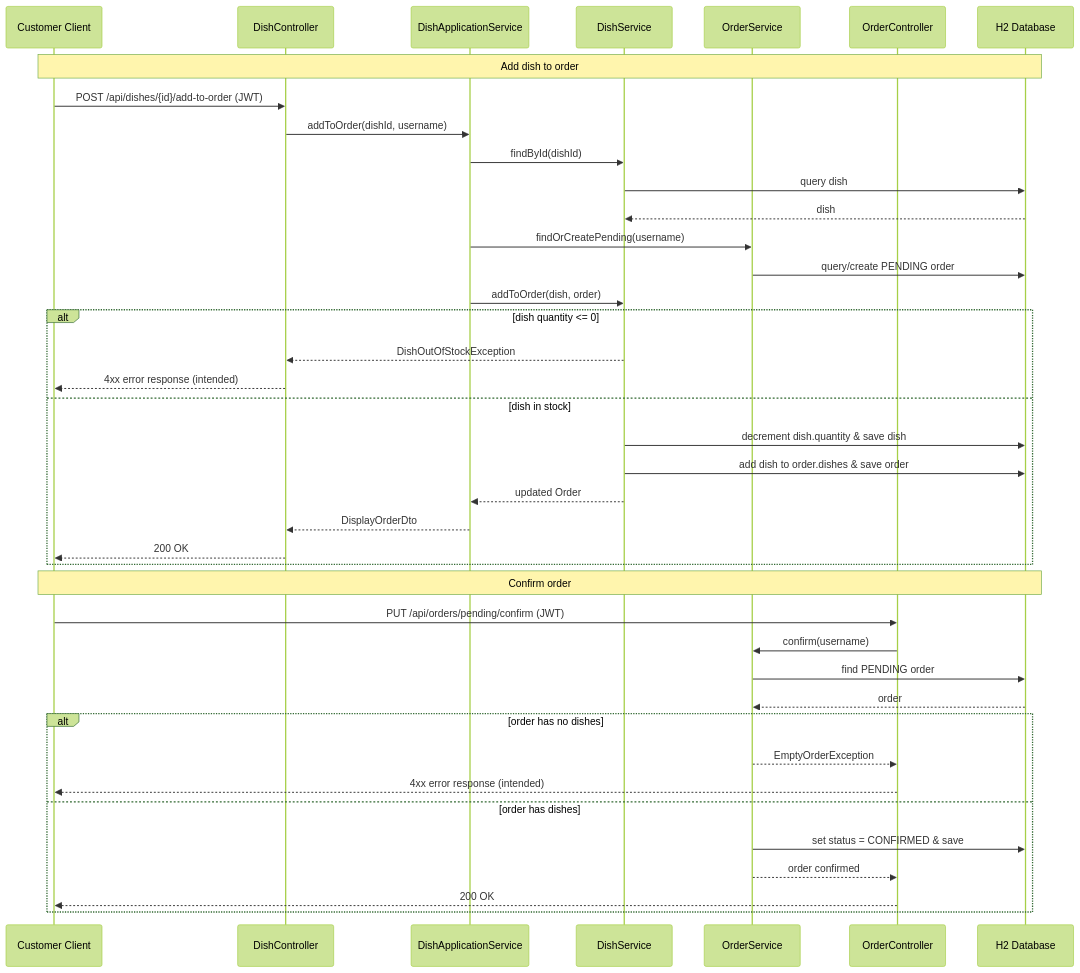
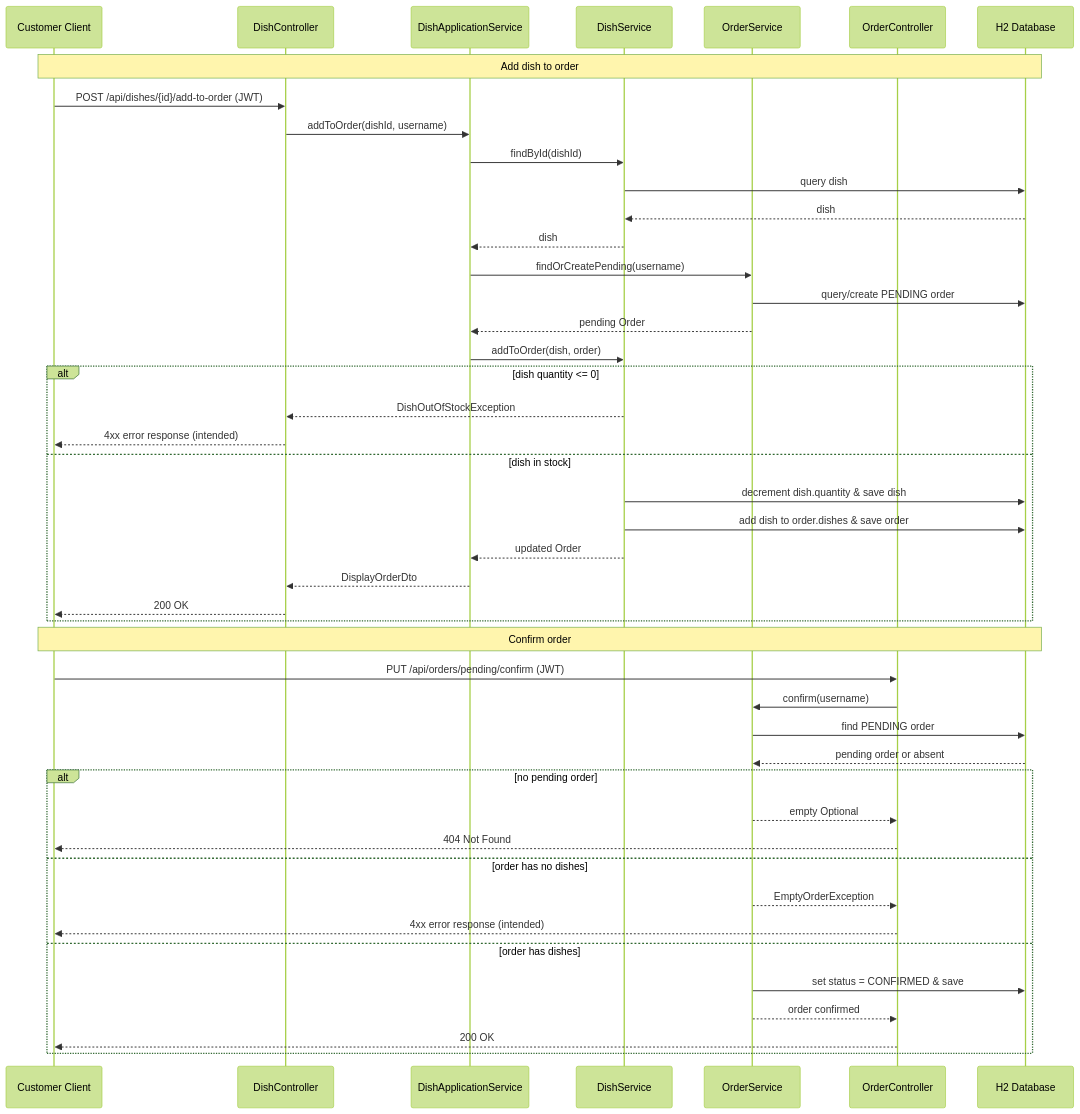
The fourth of 6 diagrams in food-delivery-backend/docs/SRS.md (Wisee24/food-delivery-app), drawn with Mermaid (forest theme) before and after one commit. The commit also changed other lines of this file and 14 other files, not shown here.

````diff
--- a/food-delivery-backend/docs/SRS.md
+++ b/food-delivery-backend/docs/SRS.md
@@ -397,44 +430,49 @@
 ```mermaid
 sequenceDiagram
     participant C as Customer Client
     participant DC as DishController
     participant DAS as DishApplicationService
     participant DS as DishService
     participant OS as OrderService
     participant OC as OrderController
     participant DB as H2 Database
 
     Note over C,DB: Add dish to order
     C->>DC: POST /api/dishes/{id}/add-to-order (JWT)
     DC->>DAS: addToOrder(dishId, username)
     DAS->>DS: findById(dishId)
     DS->>DB: query dish
     DB-->>DS: dish
+    DS-->>DAS: dish
     DAS->>OS: findOrCreatePending(username)
     OS->>DB: query/create PENDING order
+    OS-->>DAS: pending Order
     DAS->>DS: addToOrder(dish, order)
     alt dish quantity <= 0
         DS-->>DC: DishOutOfStockException
         DC-->>C: 4xx error response (intended)
     else dish in stock
         DS->>DB: decrement dish.quantity & save dish
         DS->>DB: add dish to order.dishes & save order
         DS-->>DAS: updated Order
         DAS-->>DC: DisplayOrderDto
         DC-->>C: 200 OK
     end
 
     Note over C,DB: Confirm order
     C->>OC: PUT /api/orders/pending/confirm (JWT)
     OC->>OS: confirm(username)
     OS->>DB: find PENDING order
-    DB-->>OS: order
-    alt order has no dishes
+    DB-->>OS: pending order or absent
+    alt no pending order
+        OS-->>OC: empty Optional
+        OC-->>C: 404 Not Found
+    else order has no dishes
         OS-->>OC: EmptyOrderException
         OC-->>C: 4xx error response (intended)
     else order has dishes
         OS->>DB: set status = CONFIRMED & save
         OS-->>OC: order confirmed
         OC-->>C: 200 OK
     end
 ```
````
